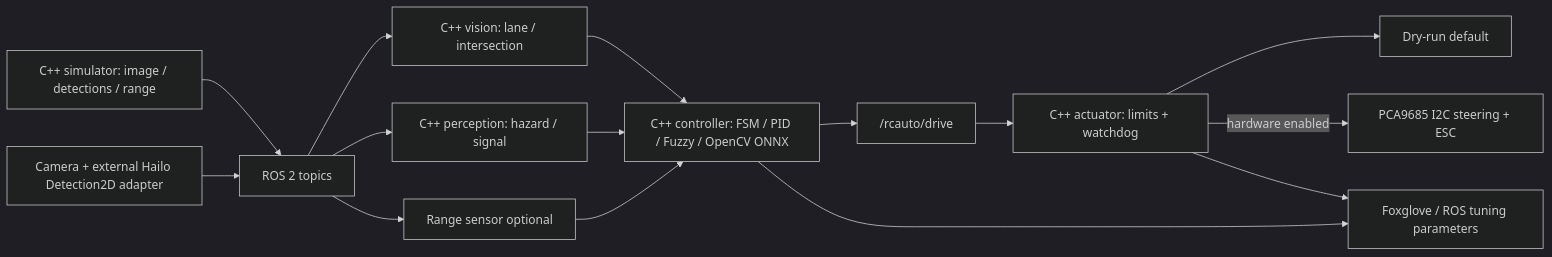
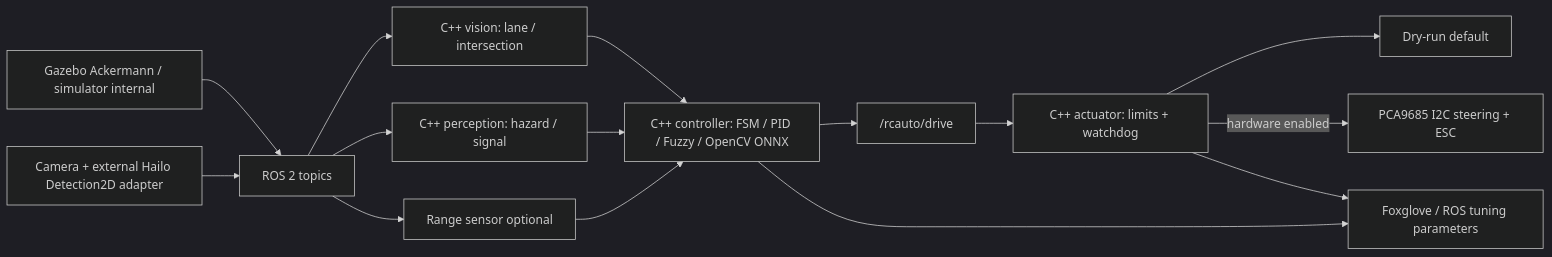
Before and after one commit to rofiqcp/RCauto: the third of 3 diagrams in README.md, drawn with Mermaid (dark theme). The commit also changed other lines of this file and 103 other files, not shown here.

````diff
--- a/README.md
+++ b/README.md
@@ -70,17 +70,17 @@
 ```mermaid
 flowchart LR
-    SIM[C++ simulator: image / detections / range] --> BUS[ROS 2 topics]
+    SIM[Gazebo Ackermann / simulator internal] --> BUS[ROS 2 topics]
     REAL[Camera + external Hailo Detection2D adapter] --> BUS
     BUS --> V[C++ vision: lane / intersection]
     BUS --> P[C++ perception: hazard / signal]
     BUS --> R[Range sensor optional]
     V --> F[C++ controller: FSM / PID / Fuzzy / OpenCV ONNX]
     P --> F
     R --> F
     F --> D["/rcauto/drive"]
     D --> A[C++ actuator: limits + watchdog]
     A --> DRY[Dry-run default]
     A -->|hardware enabled| I2C[PCA9685 I2C steering + ESC]
     F --> FG[Foxglove / ROS tuning parameters]
     A --> FG
 ```
````
